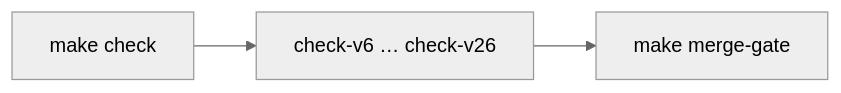
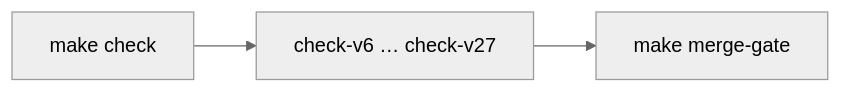
The second of 6 diagrams in README.md (spektre-labs/creation-os), drawn with Mermaid before and after one commit. The commit also changed other lines of this file and 11 other files, not shown here.

````diff
--- a/README.md
+++ b/README.md
@@ -95,6 +95,6 @@
 ```mermaid
 %%{init: {'theme':'neutral'}}%%
 flowchart LR
-  C["make check"] --> M["check-v6 … check-v26"]
+  C["make check"] --> M["check-v6 … check-v27"]
   M --> G["make merge-gate"]
 ```
````
